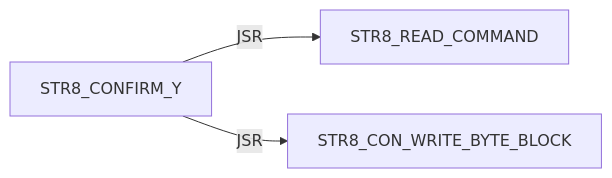
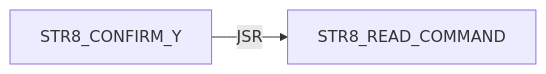
One commit to 95westus/R-YORS changed the tenth of 45 diagrams in DOC/GUIDES/STR8/STR8_EDGE_DUMP.md. Above: the diagram before and after it, drawn with Mermaid. The commit also changed other lines of this file and 42 other files, not shown here.

````diff
--- a/DOC/GUIDES/STR8/STR8_EDGE_DUMP.md
+++ b/DOC/GUIDES/STR8/STR8_EDGE_DUMP.md
@@ -147,5 +149,4 @@
 ```mermaid
 flowchart LR
     N0["STR8_CONFIRM_Y"] -->|JSR| N1["STR8_READ_COMMAND"]
-    N0["STR8_CONFIRM_Y"] -->|JSR| N2["STR8_CON_WRITE_BYTE_BLOCK"]
 ```
````
